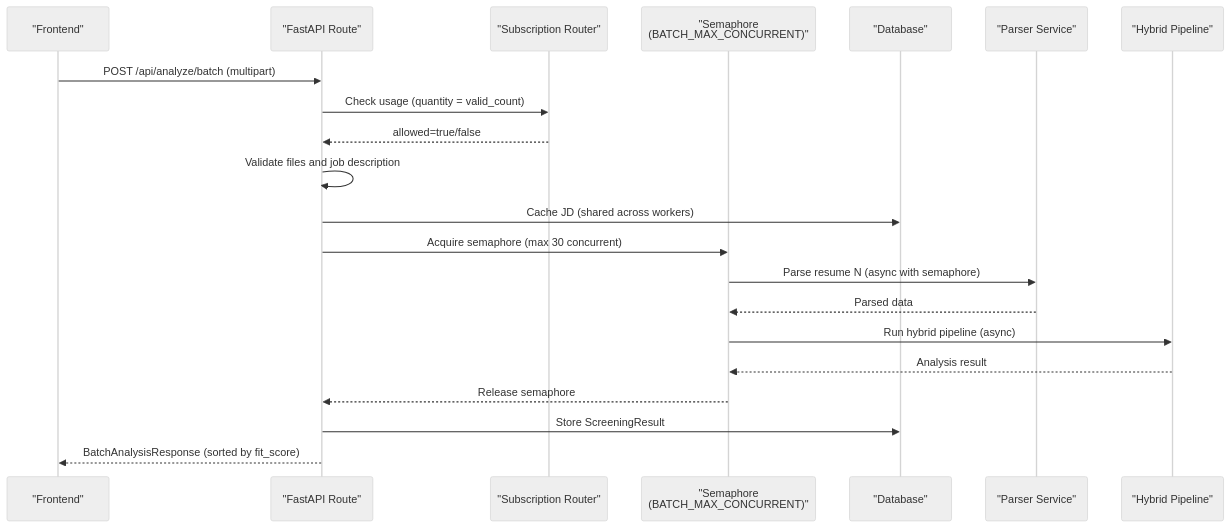
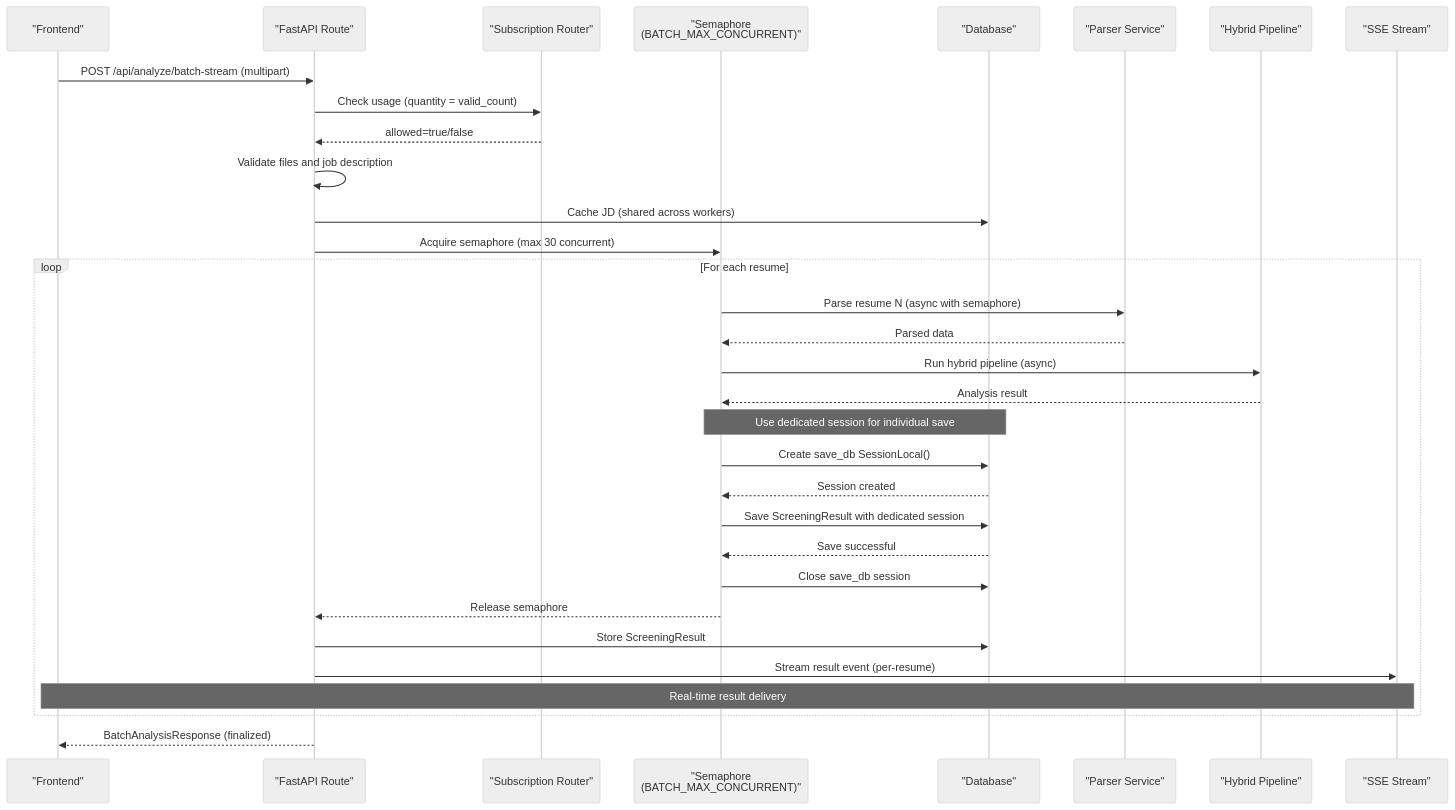
Before and after one commit to Revanththetalogics/aireume: the second of 3 diagrams in .qoder/repowiki/en/content/API Reference/Analysis Endpoints/Batch Analysis.md, drawn with Mermaid (neutral theme). The commit also changed other lines of this file and 61 other files, not shown here.

````diff
--- a/.qoder/repowiki/en/content/API Reference/Analysis Endpoints/Batch Analysis.md
+++ b/.qoder/repowiki/en/content/API Reference/Analysis Endpoints/Batch Analysis.md
@@ -118,23 +150,34 @@
 ```mermaid
 sequenceDiagram
 participant FE as "Frontend"
 participant API as "FastAPI Route"
 participant SUB as "Subscription Router"
 participant SEM as "Semaphore<br/>(BATCH_MAX_CONCURRENT)"
 participant DB as "Database"
 participant PARSE as "Parser Service"
 participant PIPE as "Hybrid Pipeline"
-FE->>API : POST /api/analyze/batch (multipart)
+participant SSE as "SSE Stream"
+FE->>API : POST /api/analyze/batch-stream (multipart)
 API->>SUB : Check usage (quantity = valid_count)
 SUB-->>API : allowed=true/false
 API->>API : Validate files and job description
 API->>DB : Cache JD (shared across workers)
 API->>SEM : Acquire semaphore (max 30 concurrent)
+loop For each resume
 SEM->>PARSE : Parse resume N (async with semaphore)
 PARSE-->>SEM : Parsed data
 SEM->>PIPE : Run hybrid pipeline (async)
 PIPE-->>SEM : Analysis result
+Note over SEM,DB : Use dedicated session for individual save
+SEM->>DB : Create save_db SessionLocal()
+DB-->>SEM : Session created
+SEM->>DB : Save ScreeningResult with dedicated session
+DB-->>SEM : Save successful
+SEM->>DB : Close save_db session
 SEM-->>API : Release semaphore
 API->>DB : Store ScreeningResult
-API-->>FE : BatchAnalysisResponse (sorted by fit_score)
+API->>SSE : Stream result event (per-resume)
+Note over SSE,FE : Real-time result delivery
+end
+API-->>FE : BatchAnalysisResponse (finalized)
 ```
````
